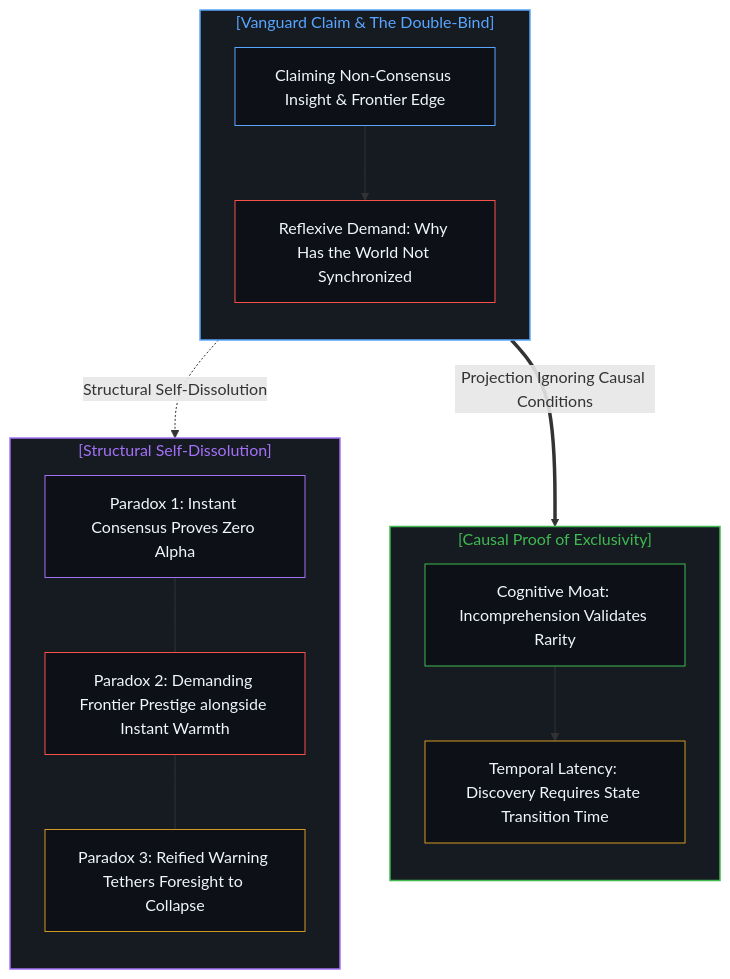
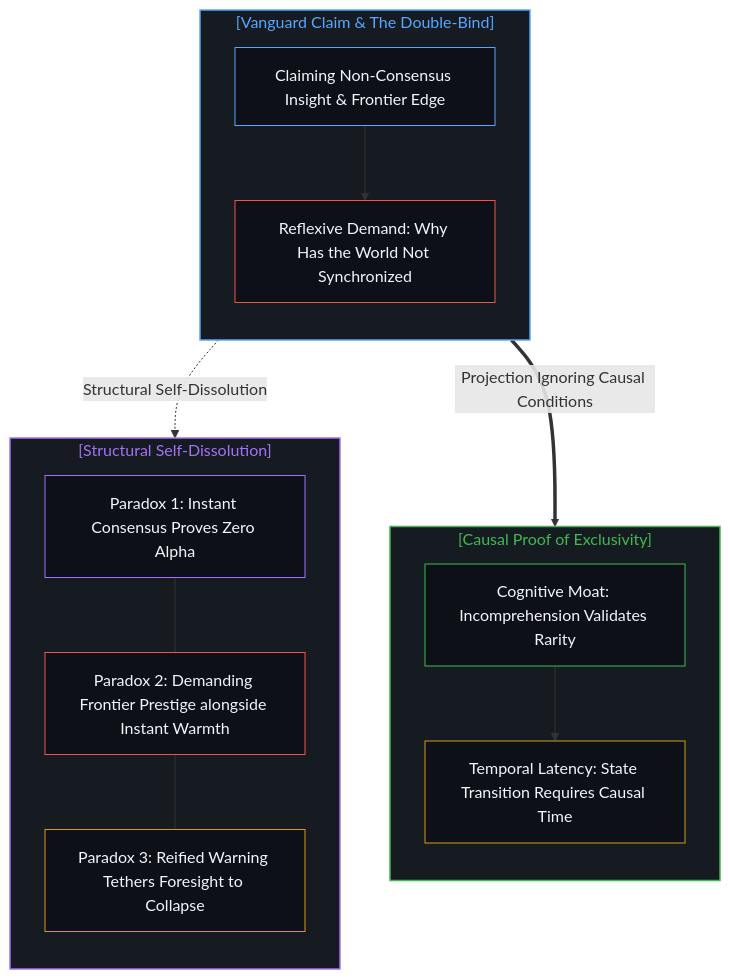
Before and after one commit to powerpig99/not-a-toe: the fourth of 4 diagrams in content/posts/the-reflexive-dilemma-of-unique-insight.md, drawn with Mermaid. The commit also changed other lines of this file and 3 other files, not shown here.

Commit message:
Refine Post #389: Tighten density with scientific discovery, nuance on coordination friction, inverse prophet mirror, and aligned flowcharts

````diff
--- a/content/posts/the-reflexive-dilemma-of-unique-insight.md
+++ b/content/posts/the-reflexive-dilemma-of-unique-insight.md
@@ -132,38 +136,38 @@
 ```mermaid
 flowchart TD
   subgraph S_CLAIM["[Vanguard Claim & The Double-Bind]"]
     direction TB
     C_ALPHA["Claiming Non-Consensus Insight & Frontier Edge"]
     C_DEMAND["Reflexive Demand: Why Has the World Not Synchronized"]
     C_ALPHA --> C_DEMAND
   end
 
   subgraph S_PROOF["[Causal Proof of Exclusivity]"]
     direction TB
     R_GAP["Cognitive Moat: Incomprehension Validates Rarity"]
-    R_TIME["Temporal Latency: Discovery Requires State Transition Time"]
+    R_TIME["Temporal Latency: State Transition Requires Causal Time"]
     R_GAP --> R_TIME
   end
 
   subgraph S_PARADOX["[Structural Self-Dissolution]"]
     direction TB
     X_COLLAPSE["Paradox 1: Instant Consensus Proves Zero Alpha"]
     X_ABSURD["Paradox 2: Demanding Frontier Prestige alongside Instant Warmth"]
     X_PROPHET["Paradox 3: Reified Warning Tethers Foresight to Collapse"]
     X_COLLAPSE --- X_ABSURD --- X_PROPHET
   end
 
   C_DEMAND ==>|"Projection Ignoring Causal Conditions"| R_TIME
   C_DEMAND -.->|"Structural Self-Dissolution"| S_PARADOX
 
   style S_CLAIM fill:#161b22,stroke:#58a6ff,stroke-width:1.5px,color:#58a6ff
   style S_PROOF fill:#161b22,stroke:#3fb950,stroke-width:1.5px,color:#3fb950
   style S_PARADOX fill:#161b22,stroke:#a371f7,stroke-width:1.5px,color:#a371f7
   style C_ALPHA fill:#0d1117,stroke:#58a6ff,stroke-width:1px,color:#f0f6fc
   style C_DEMAND fill:#0d1117,stroke:#f85149,stroke-width:1px,color:#f0f6fc
   style R_GAP fill:#0d1117,stroke:#3fb950,stroke-width:1px,color:#f0f6fc
   style R_TIME fill:#0d1117,stroke:#d29922,stroke-width:1px,color:#f0f6fc
   style X_COLLAPSE fill:#0d1117,stroke:#a371f7,stroke-width:1px,color:#f0f6fc
   style X_ABSURD fill:#0d1117,stroke:#f85149,stroke-width:1px,color:#f0f6fc
   style X_PROPHET fill:#0d1117,stroke:#d29922,stroke-width:1px,color:#f0f6fc
 ```
````
